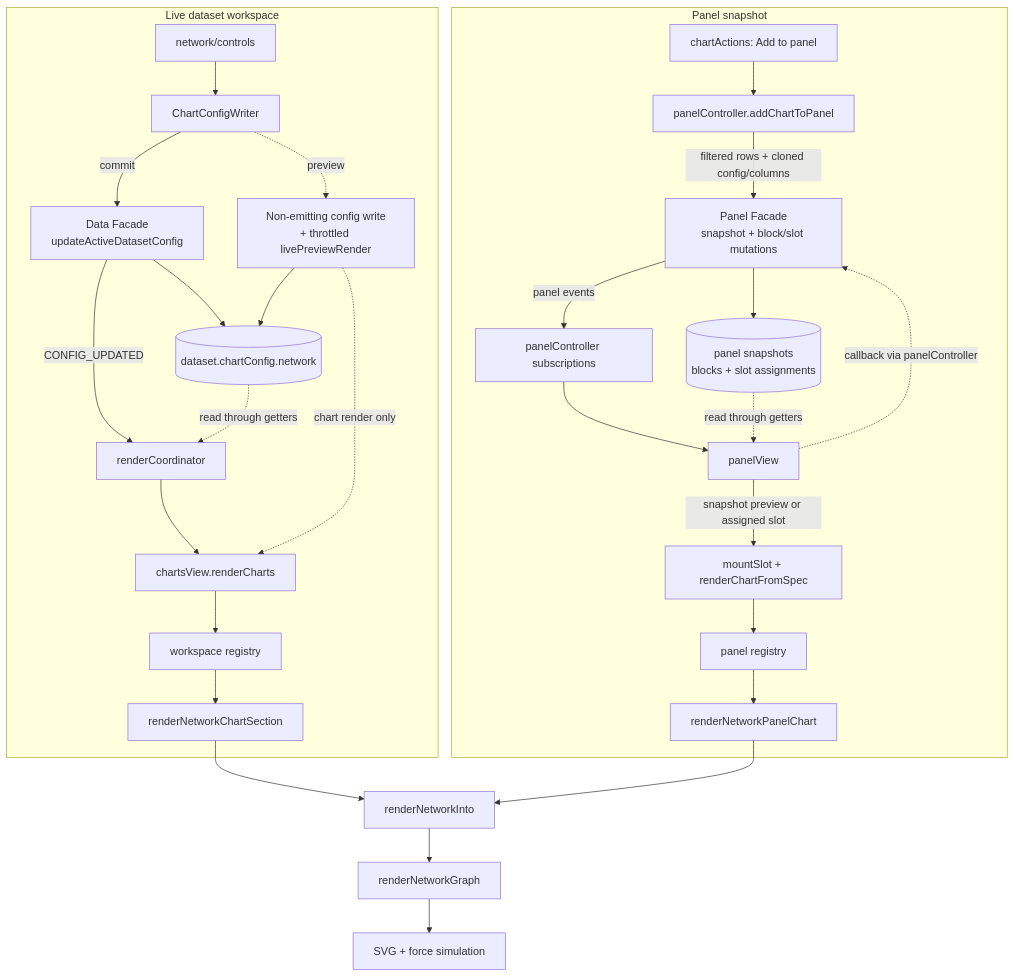
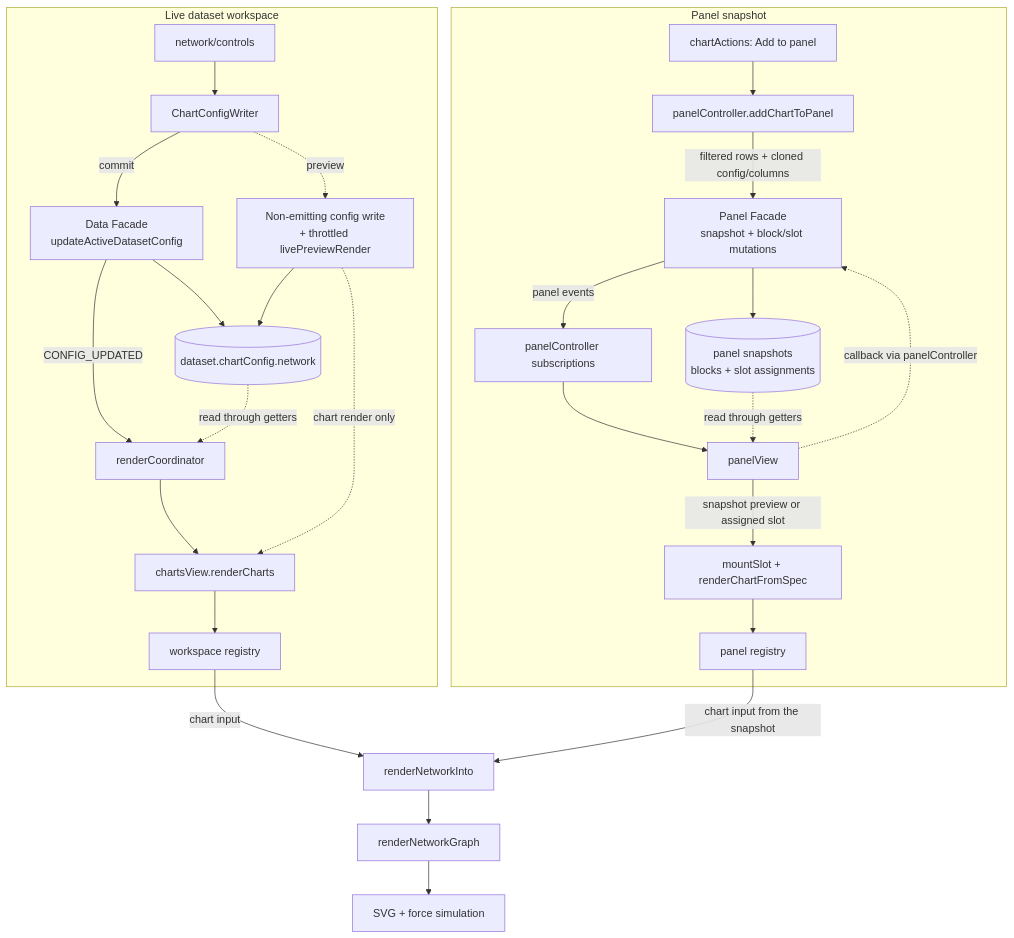
The diagram in docs/development/charts/network.md (GabrielInada/CHIVE), drawn with Mermaid before and after one commit. The commit also changed other lines of this file and 73 other files, not shown here.

````diff
--- a/docs/development/charts/network.md
+++ b/docs/development/charts/network.md
@@ -96,34 +94,32 @@
 ```mermaid
 flowchart TB
     subgraph LIVE["Live dataset workspace"]
         CONTROLS["network/controls"] --> WRITER["ChartConfigWriter"]
         WRITER -- commit --> DFACADE["Data Facade<br/>updateActiveDatasetConfig"]
         DFACADE --> DSTATE[("dataset.chartConfig.network")]
         DFACADE -- CONFIG_UPDATED --> COORD["renderCoordinator"]
         DSTATE -. read through getters .-> COORD
         WRITER -. preview .-> PREVIEW["Non-emitting config write<br/>+ throttled livePreviewRender"]
         PREVIEW --> DSTATE
         COORD --> CHARTSVIEW["chartsView.renderCharts"]
         PREVIEW -. chart render only .-> CHARTSVIEW
         CHARTSVIEW --> WREG["workspace registry"]
-        WREG --> WSECTION["renderNetworkChartSection"]
     end
 
     subgraph SAVED["Panel snapshot"]
         ACTION["chartActions: Add to panel"] --> PCAPTURE["panelController.addChartToPanel"]
         PCAPTURE -- filtered rows + cloned config/columns --> PFACADE["Panel Facade<br/>snapshot + block/slot mutations"]
         PFACADE --> PSTATE[("panel snapshots<br/>blocks + slot assignments")]
         PFACADE -- panel events --> PSUB["panelController subscriptions"]
         PSUB --> PVIEW["panelView"]
         PSTATE -. read through getters .-> PVIEW
         PVIEW -. callback via panelController .-> PFACADE
         PVIEW -- snapshot preview or assigned slot --> MOUNT["mountSlot + renderChartFromSpec"]
         MOUNT --> PREG["panel registry"]
-        PREG --> ADAPTER["renderNetworkPanelChart"]
     end
 
-    WSECTION --> PRESENT["renderNetworkInto"]
-    ADAPTER --> PRESENT
+    WREG -- chart input --> PRESENT["renderNetworkInto"]
+    PREG -- chart input from the snapshot --> PRESENT
     PRESENT --> RENDERER["renderNetworkGraph"]
     RENDERER --> OUTPUT["SVG + force simulation"]
 ```
````
